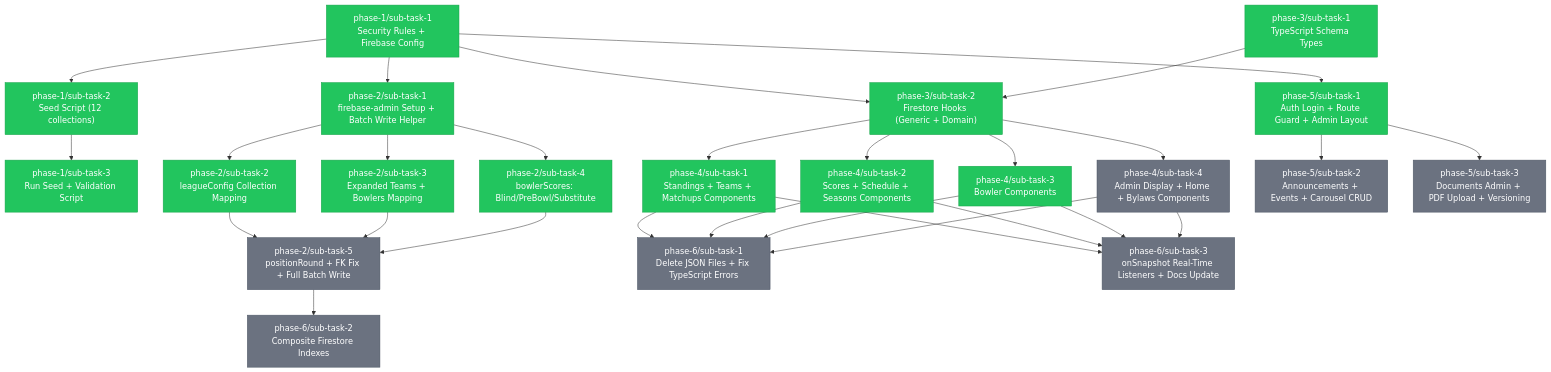
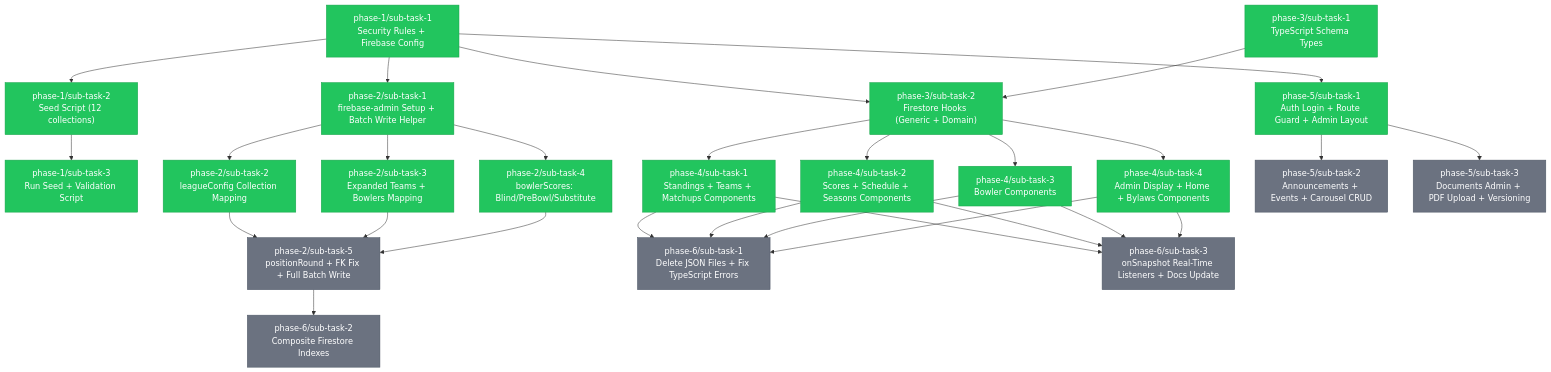
The diagram in .claude/tasks/TASKS.md (Bagwell-Oil-Imaging/late-night-happy-hour-league-site), drawn with Mermaid before and after one commit. The commit also changed other lines of this file, not shown here.

Commit message:
docs(phase-4/task-4): update TASKS.md — mark sub-task-4 complete

```diff
--- a/.claude/tasks/TASKS.md
+++ b/.claude/tasks/TASKS.md
@@ -97,7 +97,7 @@
     class P4S1 completed
     class P4S2 completed
     class P4S3 completed
-    class P4S4 pending
+    class P4S4 completed
     class P5S1 completed
     class P5S2 pending
     class P5S3 pending
```
